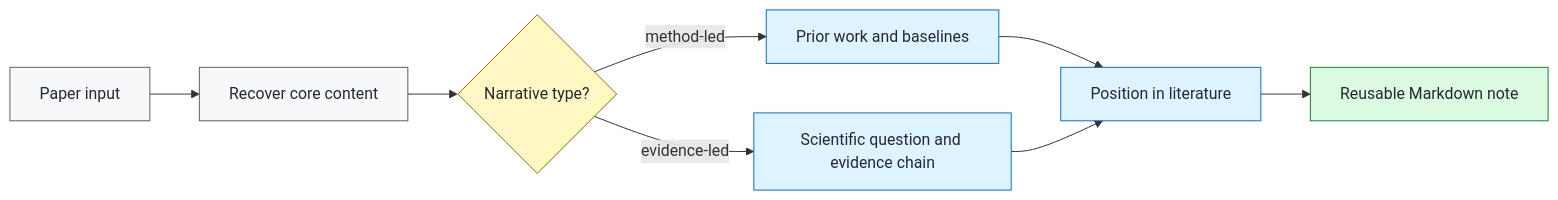
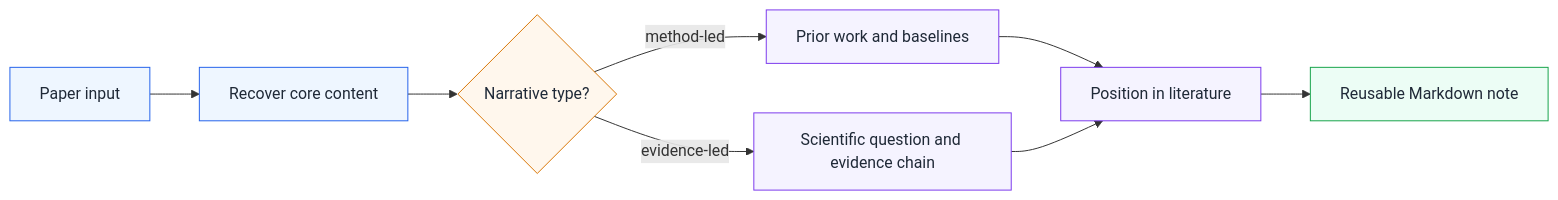
One commit to littleZ05/PaperLocus changed the second of 2 diagrams in README.md. Above: the diagram before and after it, drawn with Mermaid. The commit also changed other lines of this file, not shown here.

````diff
--- a/README.md
+++ b/README.md
@@ -80,19 +86,19 @@
 ```mermaid
 flowchart LR
     A[Paper input] --> B[Recover core content]
     B --> C{Narrative type?}
     C -->|method-led| D[Prior work and baselines]
     C -->|evidence-led| E[Scientific question and evidence chain]
     D --> F[Position in literature]
     E --> F
     F --> G[Reusable Markdown note]
 
-    classDef input fill:#f6f8fa,stroke:#57606a,color:#24292f;
-    classDef decision fill:#fff8c5,stroke:#9a6700,color:#24292f;
-    classDef work fill:#ddf4ff,stroke:#0969da,color:#24292f;
-    classDef output fill:#dafbe1,stroke:#1a7f37,color:#24292f;
+    classDef input fill:#eef6ff,stroke:#2563eb,color:#1f2937;
+    classDef decision fill:#fff7ed,stroke:#d97706,color:#1f2937;
+    classDef work fill:#f5f3ff,stroke:#7c3aed,color:#1f2937;
+    classDef output fill:#ecfdf5,stroke:#16a34a,color:#1f2937;
     class A,B input;
     class C decision;
     class D,E,F work;
     class G output;
 ```
````
